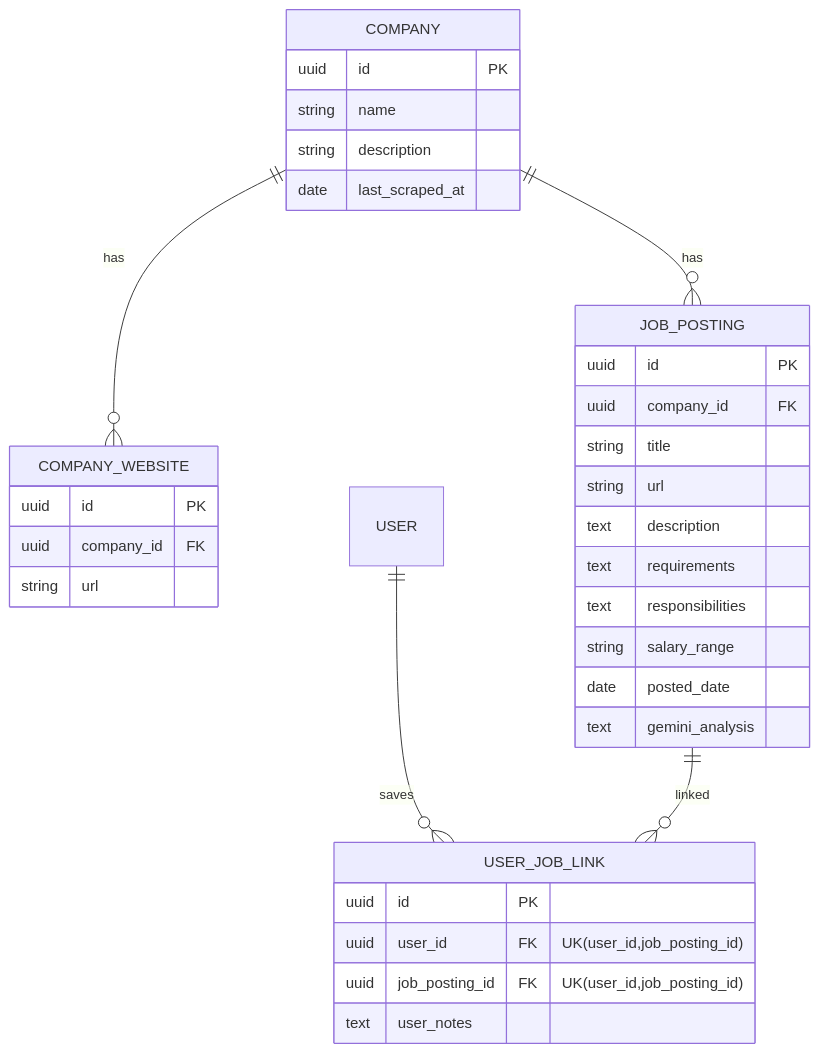
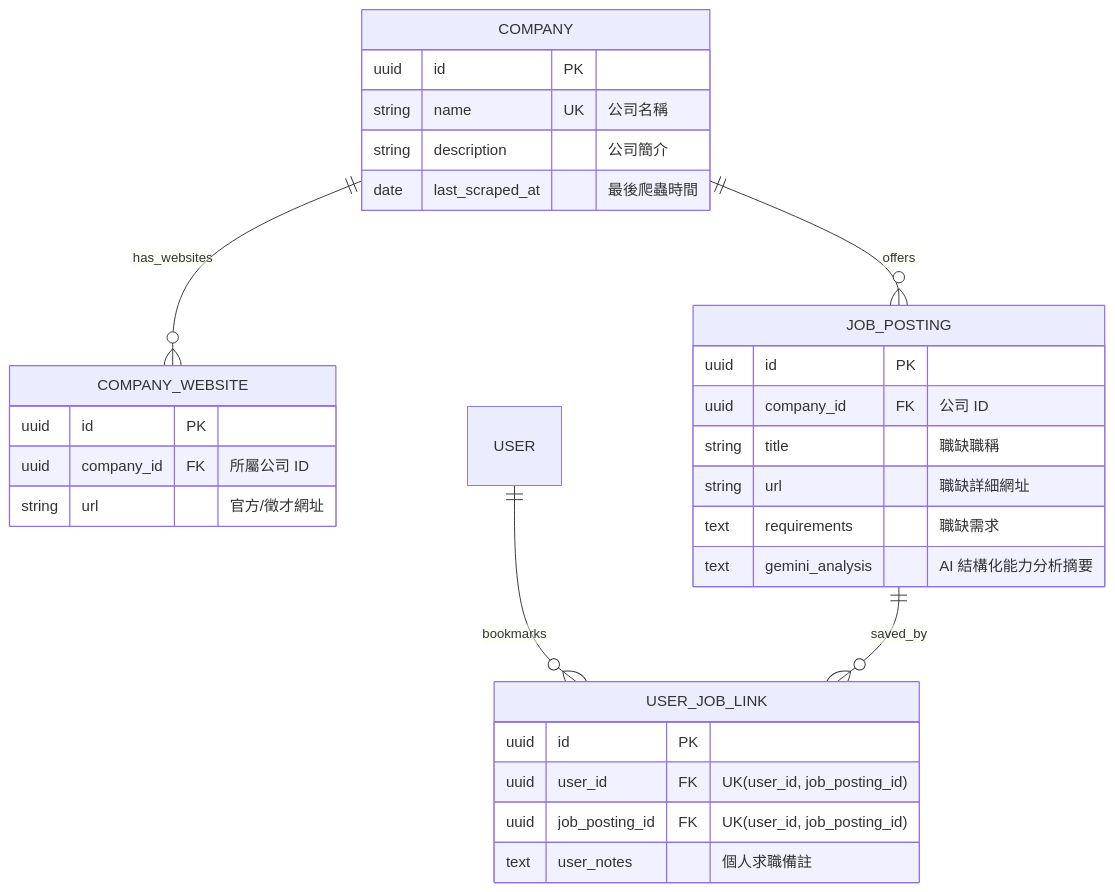
The fifth of 14 diagrams in README.md (twinatrick/Backend-Architecture-Lab), drawn with Mermaid before and after one commit. The commit also changed other lines of this file, not shown here.

````diff
--- a/README.md
+++ b/README.md
@@ -442,40 +293,36 @@
 ```mermaid
 erDiagram
-    COMPANY ||--o{ COMPANY_WEBSITE: "has"
-    COMPANY ||--o{ JOB_POSTING: "has"
-    USER ||--o{ USER_JOB_LINK: "saves"
-    JOB_POSTING ||--o{ USER_JOB_LINK: "linked"
+    COMPANY ||--o{ COMPANY_WEBSITE: "has_websites"
+    COMPANY ||--o{ JOB_POSTING: "offers"
+    USER ||--o{ USER_JOB_LINK: "bookmarks"
+    JOB_POSTING ||--o{ USER_JOB_LINK: "saved_by"
 
     COMPANY {
         uuid id PK
-        string name
-        string description
-        date last_scraped_at
+        string name UK "公司名稱"
+        string description "公司簡介"
+        date last_scraped_at "最後爬蟲時間"
     }
 
     COMPANY_WEBSITE {
         uuid id PK
-        uuid company_id FK
-        string url
+        uuid company_id FK "所屬公司 ID"
+        string url "官方/徵才網址"
     }
 
     JOB_POSTING {
         uuid id PK
-        uuid company_id FK
-        string title
-        string url
-        text description
-        text requirements
-        text responsibilities
-        string salary_range
-        date posted_date
-        text gemini_analysis
+        uuid company_id FK "公司 ID"
+        string title "職缺職稱"
+        string url "職缺詳細網址"
+        text requirements "職缺需求"
+        text gemini_analysis "AI 結構化能力分析摘要"
     }
 
     USER_JOB_LINK {
         uuid id PK
-        uuid user_id FK "UK(user_id,job_posting_id)"
-        uuid job_posting_id FK "UK(user_id,job_posting_id)"
-        text user_notes
+        uuid user_id FK "UK(user_id, job_posting_id)"
+        uuid job_posting_id FK "UK(user_id, job_posting_id)"
+        text user_notes "個人求職備註"
     }
 ```
````
